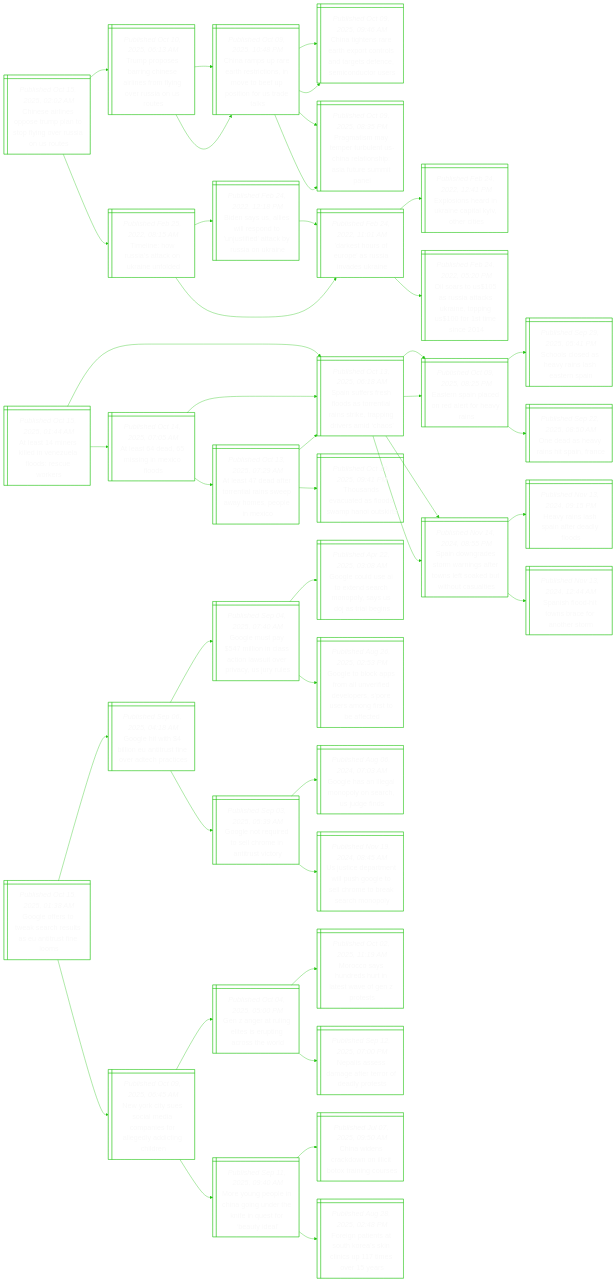
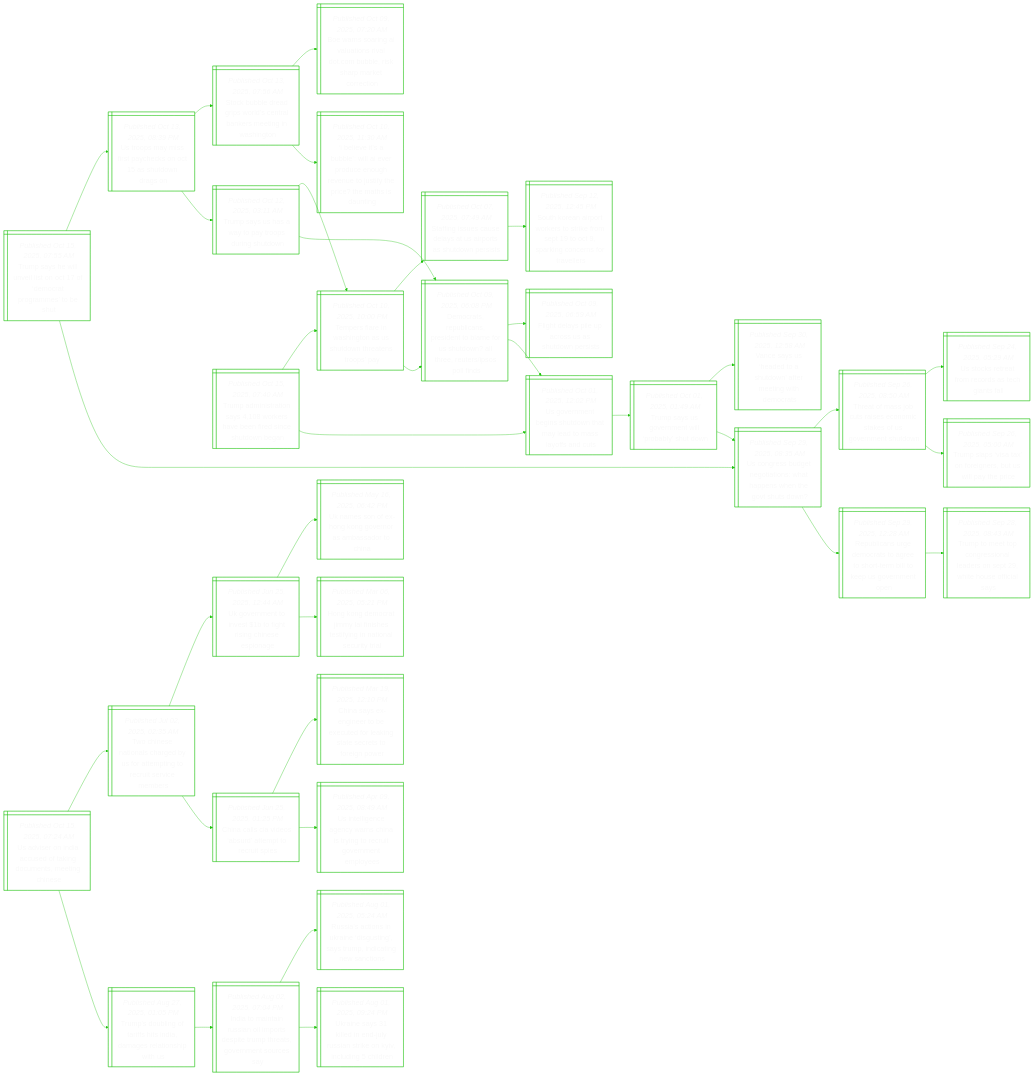
One commit to notJmes/notJmes changed the diagram in README.md. Above: the diagram before and after it, drawn with Mermaid. The commit also changed other lines of this file, not shown here.

````diff
--- a/README.md
+++ b/README.md
@@ -16,139 +16,118 @@
 flowchart LR
 classDef txtsize font-size:20px;
 
-CsloeptpnriSe@{ shape: win-pane, label: "_Published Oct 15, 2025, 02:02 AM_
-Chinese airlines oppose trump plan to stop flying over russia on us routes" }
-TpsrCslflouoo@{ shape: win-pane, label: "_Published Oct 10, 2025, 06:13 AM_
-Trump proposes barring chinese airlines from flying over russia on us routes" }
-Cruehromouiftt@{ shape: win-pane, label: "_Published Oct 09, 2025, 10:48 PM_
-China ramps up rare earth restrictions, in move to beef up position for us trade talks" }
-Ctertonsasnmdrs@{ shape: win-pane, label: "_Published Oct 09, 2025, 09:46 AM_
-China tightens rare earth export controls and targets defence, semiconductor users" }
-PammueCriiarmn@{ shape: win-pane, label: "_Published Oct 09, 2025, 08:35 PM_
-Pragmatism may temper turbulent us-china relationship: asia future summit panel" }
-Cruehromouiftt@{ shape: win-pane, label: "_Published Oct 09, 2025, 10:48 PM_
-China ramps up rare earth restrictions, in move to beef up position for us trade talks" }
-Ctertonsasnmdrs@{ shape: win-pane, label: "_Published Oct 09, 2025, 09:46 AM_
-China tightens rare earth export controls and targets defence, semiconductor users" }
-PammueCriiarmn@{ shape: win-pane, label: "_Published Oct 09, 2025, 08:35 PM_
-Pragmatism may temper turbulent us-china relationship: asia future summit panel" }
-Tiwitnifd@{ shape: win-pane, label: "_Published Feb 25, 2022, 08:15 AM_
-Timeline: how russia's attack on ukraine unfolded" }
-DsruasvUn@{ shape: win-pane, label: "_Published Feb 24, 2022, 11:01 AM_
-'darkest hours of europe' as russia invades ukraine" }
-Eshiaalocs@{ shape: win-pane, label: "_Published Feb 24, 2022, 12:41 PM_
-Explosions heard in ukraine capital kyiv, other cities" }
-OaUuakaogrmc@{ shape: win-pane, label: "_Published Feb 24, 2022, 05:20 PM_
-Oil soars to us$105 as russia attacks ukraine, topping us$100 for 1st time since 2014" }
-BsSeloutdcuoa@{ shape: win-pane, label: "_Published Feb 24, 2022, 12:18 PM_
-Biden says us, allies will respond to 'unjustified' attack by russia on ukraine" }
-DsruasvUn@{ shape: win-pane, label: "_Published Feb 24, 2022, 11:01 AM_
-'darkest hours of europe' as russia invades ukraine" }
+Tseulooopath@{ shape: win-pane, label: "_Published Oct 15, 2025, 07:55 AM_
+Trump says he will unveil list on oct 17 of ‘democrat programmes’ to be shut" }
+Ugbttoaphesd@{ shape: win-pane, label: "_Published Sep 29, 2025, 08:35 AM_
+Us congress budget negotiations: what happens when the govt shuts down?" }
+RlsDroeorleomp@{ shape: win-pane, label: "_Published Sep 29, 2025, 12:28 AM_
+Republicans urge democrats to agree to short-term bill to keep us government open" }
+TttosadnWHoiy@{ shape: win-pane, label: "_Published Sep 28, 2025, 08:43 AM_
+Trump to meet top congressional leaders on sept 29, white house official says" }
+Ttscaemafveun@{ shape: win-pane, label: "_Published Sep 26, 2025, 08:50 AM_
+Threat of mass job cuts raises economic stakes of us government shutdown" }
+Tsvaonuiyr@{ shape: win-pane, label: "_Published Sep 26, 2025, 05:00 AM_
+Trump slaps ‘visa tax’ on foreigners, but us will pay the price" }
+Uctfescnl@{ shape: win-pane, label: "_Published Sep 24, 2025, 05:29 AM_
+Us stocks retreat from records as tech giants fall" }
+Uoyfpensdrn@{ shape: win-pane, label: "_Published Oct 13, 2025, 08:39 PM_
+Us troops may miss first paychecks on oct 15 as shutdown drags on" }
+TsSwpouso@{ shape: win-pane, label: "_Published Oct 12, 2025, 03:11 AM_
+Trump says us has a way to pay troops during shutdown" }
+DreipdoeSdletpon@{ shape: win-pane, label: "_Published Oct 09, 2025, 06:08 PM_
+Democrats, republicans, president to blame for us shutdown? all three, reuters/ipsos poll finds" }
+Trragsunats@{ shape: win-pane, label: "_Published Oct 10, 2025, 10:00 PM_
+Tempers flare in washington as us shutdown threatens troops’ pay" }
+SbedsdtasiWn@{ shape: win-pane, label: "_Published Oct 13, 2025, 07:56 AM_
+Stock bubble dread grips world’s central bankers meeting in washington" }
+IesblvoehnjfpTtdi@{ shape: win-pane, label: "_Published Oct 10, 2025, 11:30 AM_
+‘i believe it’s a bubble’: will ai ever produce enough revenue to justify the price? the maths is daunting" }
+BraAunacbiarot@{ shape: win-pane, label: "_Published Oct 09, 2025, 07:20 AM_
+Boe warns soaring ai valuations rival dot.com bubble, risk sharp market correction" }
 
-CsloeptpnriSe:::txtsize --> TpsrCslflouoo:::txtsize
-TpsrCslflouoo:::txtsize --> Cruehromouiftt:::txtsize
-Cruehromouiftt:::txtsize --> Ctertonsasnmdrs:::txtsize
-Cruehromouiftt:::txtsize --> PammueCriiarmn:::txtsize
-TpsrCslflouoo:::txtsize --> Cruehromouiftt:::txtsize
-Cruehromouiftt:::txtsize --> Ctertonsasnmdrs:::txtsize
-Cruehromouiftt:::txtsize --> PammueCriiarmn:::txtsize
-CsloeptpnriSe:::txtsize --> Tiwitnifd:::txtsize
-Tiwitnifd:::txtsize --> DsruasvUn:::txtsize
-DsruasvUn:::txtsize --> Eshiaalocs:::txtsize
-DsruasvUn:::txtsize --> OaUuakaogrmc:::txtsize
-Tiwitnifd:::txtsize --> BsSeloutdcuoa:::txtsize
-BsSeloutdcuoa:::txtsize --> DsruasvUn:::txtsize
+Tseulooopath:::txtsize --> Ugbttoaphesd:::txtsize
+Ugbttoaphesd:::txtsize --> RlsDroeorleomp:::txtsize
+RlsDroeorleomp:::txtsize --> TttosadnWHoiy:::txtsize
+Ugbttoaphesd:::txtsize --> Ttscaemafveun:::txtsize
+Ttscaemafveun:::txtsize --> Tsvaonuiyr:::txtsize
+Ttscaemafveun:::txtsize --> Uctfescnl:::txtsize
+Tseulooopath:::txtsize --> Uoyfpensdrn:::txtsize
+Uoyfpensdrn:::txtsize --> TsSwpouso:::txtsize
+TsSwpouso:::txtsize --> DreipdoeSdletpon:::txtsize
+TsSwpouso:::txtsize --> Trragsunats:::txtsize
+Uoyfpensdrn:::txtsize --> SbedsdtasiWn:::txtsize
+SbedsdtasiWn:::txtsize --> IesblvoehnjfpTtdi:::txtsize
+SbedsdtasiWn:::txtsize --> BraAunacbiarot:::txtsize
 
-Aselnzfsuk@{ shape: win-pane, label: "_Published Oct 15, 2025, 01:44 AM_
-At least 14 miners killed in venezuela floods: rescue workers" }
-AsdiMod@{ shape: win-pane, label: "_Published Oct 14, 2025, 07:05 AM_
-At least 64 dead, 65 missing in mexico floods" }
-Asdrelsphpex@{ shape: win-pane, label: "_Published Oct 13, 2025, 07:29 AM_
-At least 47 dead after torrential rains sweep away homes, people in mexico" }
-Ssrsotnrseprsc@{ shape: win-pane, label: "_Published Oct 13, 2025, 06:18 AM_
-Spain suffers fresh floods as torrential rains strike, trapping drivers amid ‘chaos’" }
-Tavtfspik@{ shape: win-pane, label: "_Published Oct 10, 2025, 09:41 PM_
-Thousands evacuated as floods swamp hanoi outskirts" }
-Ssrsotnrseprsc@{ shape: win-pane, label: "_Published Oct 13, 2025, 06:18 AM_
-Spain suffers fresh floods as torrential rains strike, trapping drivers amid ‘chaos’" }
-Ericrerys@{ shape: win-pane, label: "_Published Oct 09, 2025, 08:25 PM_
-Eastern spain placed on red alert for heavy rains" }
-Sdrswntwfktosi@{ shape: win-pane, label: "_Published Nov 14, 2024, 08:55 PM_
-Spain downgrades storm warnings after towns left soaked but without casualties" }
-Ssrsotnrseprsc@{ shape: win-pane, label: "_Published Oct 13, 2025, 06:18 AM_
-Spain suffers fresh floods as torrential rains strike, trapping drivers amid ‘chaos’" }
-Ericrerys@{ shape: win-pane, label: "_Published Oct 09, 2025, 08:25 PM_
-Eastern spain placed on red alert for heavy rains" }
-Slshrlann@{ shape: win-pane, label: "_Published Sep 29, 2025, 05:41 PM_
-Schools closed as heavy rains lash eastern spain" }
-Oaeaiin@{ shape: win-pane, label: "_Published Sep 22, 2025, 08:50 AM_
-One dead as heavy rains hit spain, france" }
-Sdrswntwfktosi@{ shape: win-pane, label: "_Published Nov 14, 2024, 08:55 PM_
-Spain downgrades storm warnings after towns left soaked but without casualties" }
-Hrlpfefs@{ shape: win-pane, label: "_Published Nov 13, 2024, 09:15 PM_
-Heavy rains lash spain after deadly floods" }
-Ssotbfos@{ shape: win-pane, label: "_Published Nov 13, 2024, 12:44 AM_
-Spanish flood-hit towns brace for another storm" }
+Taitarhernunn@{ shape: win-pane, label: "_Published Oct 15, 2025, 07:40 AM_
+Trump administration says 4,108 workers have been fired since shutdown began" }
+Ueniunmaayat@{ shape: win-pane, label: "_Published Oct 01, 2025, 12:02 PM_
+Us government begins shutdown that may lead to mass layoffs and cuts" }
+TsSrtpbun@{ shape: win-pane, label: "_Published Oct 01, 2025, 01:49 AM_
+Trump says us government will ‘probably’ shut down" }
+Ugbttoaphesd@{ shape: win-pane, label: "_Published Sep 29, 2025, 08:35 AM_
+Us congress budget negotiations: what happens when the govt shuts down?" }
+VsSesotewea@{ shape: win-pane, label: "_Published Sep 30, 2025, 12:58 AM_
+Vance says us ‘headed to a shutdown’ after meeting with democrats" }
+Trragsunats@{ shape: win-pane, label: "_Published Oct 10, 2025, 10:00 PM_
+Tempers flare in washington as us shutdown threatens troops’ pay" }
+DreipdoeSdletpon@{ shape: win-pane, label: "_Published Oct 09, 2025, 06:08 PM_
+Democrats, republicans, president to blame for us shutdown? all three, reuters/ipsos poll finds" }
+Ueniunmaayat@{ shape: win-pane, label: "_Published Oct 01, 2025, 12:02 PM_
+Us government begins shutdown that may lead to mass layoffs and cuts" }
+FtyerSuni@{ shape: win-pane, label: "_Published Oct 09, 2025, 06:59 AM_
+Flight delays pile up across us as shutdown persists" }
+Sisaeaithws@{ shape: win-pane, label: "_Published Oct 07, 2025, 07:49 AM_
+Staffing issues cause delays at us airports as shutdown persists" }
+SKnortiottkontl@{ shape: win-pane, label: "_Published Sep 12, 2025, 12:45 PM_
+South korean airport workers to strike from sept 19 to oct 9, sparking concerns for travellers" }
 
-Aselnzfsuk:::txtsize --> AsdiMod:::txtsize
-AsdiMod:::txtsize --> Asdrelsphpex:::txtsize
-Asdrelsphpex:::txtsize --> Ssrsotnrseprsc:::txtsize
-Asdrelsphpex:::txtsize --> Tavtfspik:::txtsize
-AsdiMod:::txtsize --> Ssrsotnrseprsc:::txtsize
-Ssrsotnrseprsc:::txtsize --> Ericrerys:::txtsize
-Ssrsotnrseprsc:::txtsize --> Sdrswntwfktosi:::txtsize
-Aselnzfsuk:::txtsize --> Ssrsotnrseprsc:::txtsize
-Ssrsotnrseprsc:::txtsize --> Ericrerys:::txtsize
-Ericrerys:::txtsize --> Slshrlann:::txtsize
-Ericrerys:::txtsize --> Oaeaiin:::txtsize
-Ssrsotnrseprsc:::txtsize --> Sdrswntwfktosi:::txtsize
-Sdrswntwfktosi:::txtsize --> Hrlpfefs:::txtsize
-Sdrswntwfktosi:::txtsize --> Ssotbfos:::txtsize
+Taitarhernunn:::txtsize --> Ueniunmaayat:::txtsize
+Ueniunmaayat:::txtsize --> TsSrtpbun:::txtsize
+TsSrtpbun:::txtsize --> Ugbttoaphesd:::txtsize
+TsSrtpbun:::txtsize --> VsSesotewea:::txtsize
+Taitarhernunn:::txtsize --> Trragsunats:::txtsize
+Trragsunats:::txtsize --> DreipdoeSdletpon:::txtsize
+DreipdoeSdletpon:::txtsize --> Ueniunmaayat:::txtsize
+DreipdoeSdletpon:::txtsize --> FtyerSuni:::txtsize
+Trragsunats:::txtsize --> Sisaeaithws:::txtsize
+Sisaeaithws:::txtsize --> SKnortiottkontl:::txtsize
 
-GerwertUtfo@{ shape: win-pane, label: "_Published Oct 15, 2025, 01:38 AM_
-Google offers to tweak search results as eu antitrust fine looms" }
-GeilEitodpi@{ shape: win-pane, label: "_Published Sep 06, 2025, 04:18 AM_
-Google hit with $4 billion eu antitrust fine over adtech practices" }
-Geplisiworyre@{ shape: win-pane, label: "_Published Sep 04, 2025, 07:40 AM_
-Google must pay $547 million in class action lawsuit over privacy, us jury rules" }
-GedItemoyOre@{ shape: win-pane, label: "_Published Apr 22, 2025, 03:08 AM_
-Google could use ai to extend search monopoly, says us doj as trial begins" }
-Geopmnfeppsmiofd@{ shape: win-pane, label: "_Published Aug 26, 2025, 02:53 PM_
-Google to block apps from all unverified developers, s’pore users among first to be affected" }
-Geeeerntvr@{ shape: win-pane, label: "_Published Sep 03, 2025, 05:39 AM_
-Google not required to sell chrome in antitrust victory" }
-GengnyaSes@{ shape: win-pane, label: "_Published Aug 06, 2024, 07:03 AM_
-Google has an illegal monopoly on search, us judge finds" }
-Utemisgshtarny@{ shape: win-pane, label: "_Published Nov 19, 2024, 08:45 AM_
-Us justice department will push google to sell chrome to break search monopoly" }
-Nryslaaflligd@{ shape: win-pane, label: "_Published Oct 09, 2025, 06:45 AM_
-New york city sues social media companies for allegedly addicting children" }
-Gntnteirhl@{ shape: win-pane, label: "_Published Oct 04, 2025, 05:00 PM_
-Gen z anger at ruling elites is erupting across the world" }
-McsrultoZe@{ shape: win-pane, label: "_Published Oct 02, 2025, 11:19 AM_
-Morocco says hundreds hurt in latest wave of gen z protests" }
-Niemfeodos@{ shape: win-pane, label: "_Published Sep 12, 2025, 07:00 PM_
-Nepalis assess damage after terror of deadly protests" }
-Moeinnekisbyl@{ shape: win-pane, label: "_Published Sep 11, 2025, 09:40 AM_
-More young people in china going under the knife in quest for ‘beauty ideal’" }
-Cwskoiornr@{ shape: win-pane, label: "_Published Jul 07, 2025, 09:50 AM_
-China widens crackdown on illicit botox training courses" }
-Fgiateinpsy@{ shape: win-pane, label: "_Published Aug 28, 2025, 02:48 PM_
-Foreign patients at south korea’s skin clinics up 117 times over 15 years" }
+Uinastgmmnn@{ shape: win-pane, label: "_Published Oct 15, 2025, 07:24 AM_
+Us adviser on india accused of taking documents, meeting chinese" }
+TslfftiaeopU@{ shape: win-pane, label: "_Published Aug 27, 2025, 01:05 PM_
+Trump’s doubling of tariffs hits india, damages relationship with us" }
+ItnRaitprhsrtcy@{ shape: win-pane, label: "_Published Aug 02, 2025, 07:04 PM_
+India to maintain russian oil imports despite trump threats, government sources say" }
+Unsenyirnidhe@{ shape: win-pane, label: "_Published Aug 01, 2025, 09:24 PM_
+Ukraine says 31 killed in end-july russian strike on kyiv, including 5 children" }
+Rainisiyminsi@{ shape: win-pane, label: "_Published Aug 01, 2025, 05:24 AM_
+Russia’s actions in ukraine ‘disgusting’, says trump, indicating new sanctions" }
+Tinnhdftirives@{ shape: win-pane, label: "_Published Jul 02, 2025, 02:35 AM_
+Two chinese nationals charged by us for attempting to recruit service members" }
+CcCdbapets@{ shape: win-pane, label: "_Published Jun 25, 2025, 01:25 PM_
+China calls cia videos ‘absurd’ attempt to recruit spies" }
+UeegwCiirienls@{ shape: win-pane, label: "_Published Apr 09, 2025, 08:49 AM_
+Us intelligence agency warns china is trying to recruit government employees" }
+Csxnoedegeefge@{ shape: win-pane, label: "_Published Mar 19, 2025, 12:10 PM_
+China says ex-engineer to be executed for leaking state secrets to foreign power" }
+Uennbgsheo@{ shape: win-pane, label: "_Published Jun 25, 2025, 12:44 AM_
+Uk government to invest $1b to fight rising chinese espionage" }
+Homtyietnaaut@{ shape: win-pane, label: "_Published Mar 06, 2025, 05:21 PM_
+Hong kong democrat jimmy lai finishes testifying in national security trial" }
+Ueooneaaoh@{ shape: win-pane, label: "_Published May 16, 2025, 06:42 PM_
+Uk names son of ex-hong kong governor as ambassador to china" }
 
-GerwertUtfo:::txtsize --> GeilEitodpi:::txtsize
-GeilEitodpi:::txtsize --> Geplisiworyre:::txtsize
-Geplisiworyre:::txtsize --> GedItemoyOre:::txtsize
-Geplisiworyre:::txtsize --> Geopmnfeppsmiofd:::txtsize
-GeilEitodpi:::txtsize --> Geeeerntvr:::txtsize
-Geeeerntvr:::txtsize --> GengnyaSes:::txtsize
-Geeeerntvr:::txtsize --> Utemisgshtarny:::txtsize
-GerwertUtfo:::txtsize --> Nryslaaflligd:::txtsize
-Nryslaaflligd:::txtsize --> Gntnteirhl:::txtsize
-Gntnteirhl:::txtsize --> McsrultoZe:::txtsize
-Gntnteirhl:::txtsize --> Niemfeodos:::txtsize
-Nryslaaflligd:::txtsize --> Moeinnekisbyl:::txtsize
-Moeinnekisbyl:::txtsize --> Cwskoiornr:::txtsize
-Moeinnekisbyl:::txtsize --> Fgiateinpsy:::txtsize
+Uinastgmmnn:::txtsize --> TslfftiaeopU:::txtsize
+TslfftiaeopU:::txtsize --> ItnRaitprhsrtcy:::txtsize
+ItnRaitprhsrtcy:::txtsize --> Unsenyirnidhe:::txtsize
+ItnRaitprhsrtcy:::txtsize --> Rainisiyminsi:::txtsize
+Uinastgmmnn:::txtsize --> Tinnhdftirives:::txtsize
+Tinnhdftirives:::txtsize --> CcCdbapets:::txtsize
+CcCdbapets:::txtsize --> UeegwCiirienls:::txtsize
+CcCdbapets:::txtsize --> Csxnoedegeefge:::txtsize
+Tinnhdftirives:::txtsize --> Uennbgsheo:::txtsize
+Uennbgsheo:::txtsize --> Homtyietnaaut:::txtsize
+Uennbgsheo:::txtsize --> Ueooneaaoh:::txtsize
 
 ```
````
